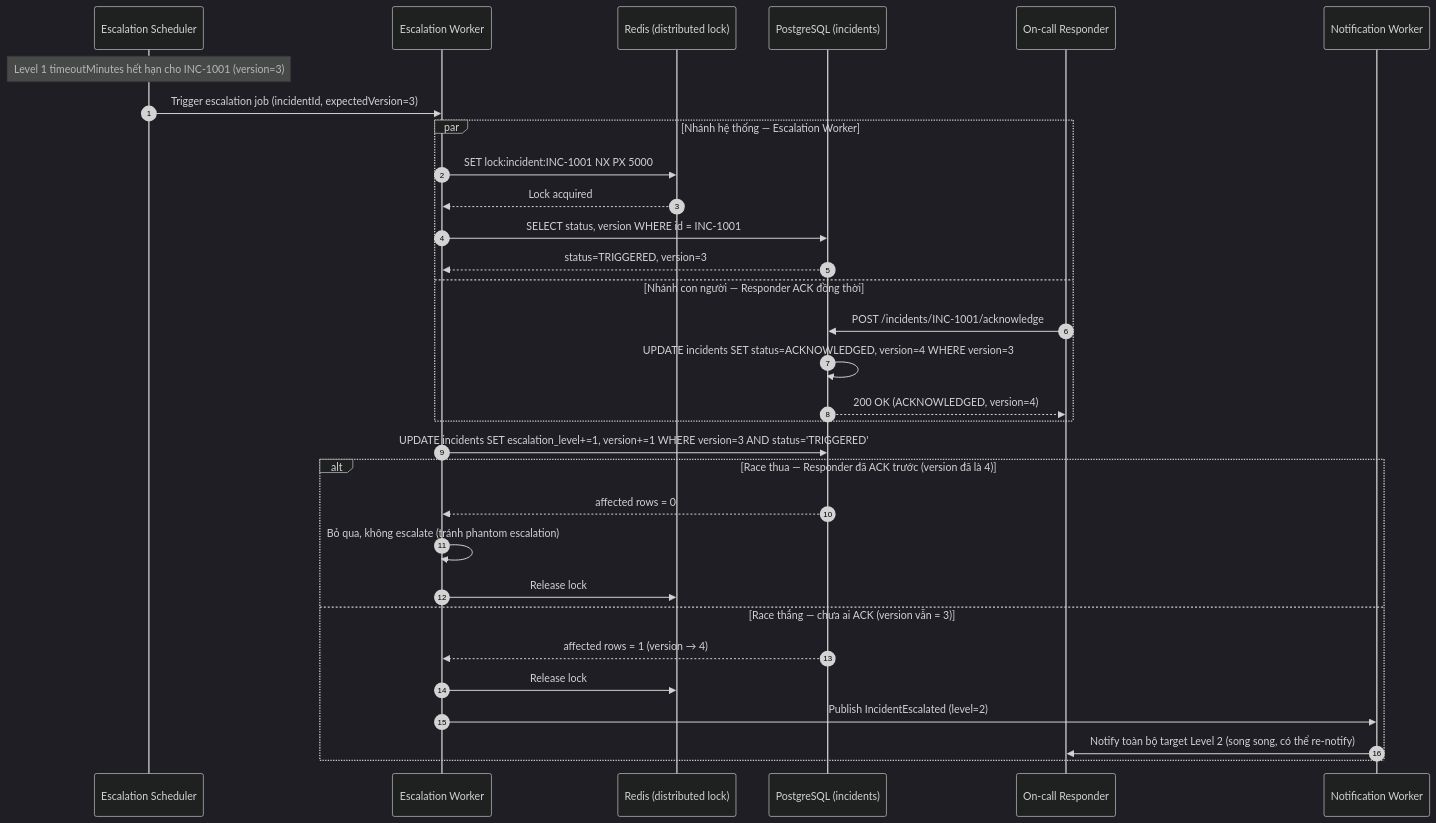
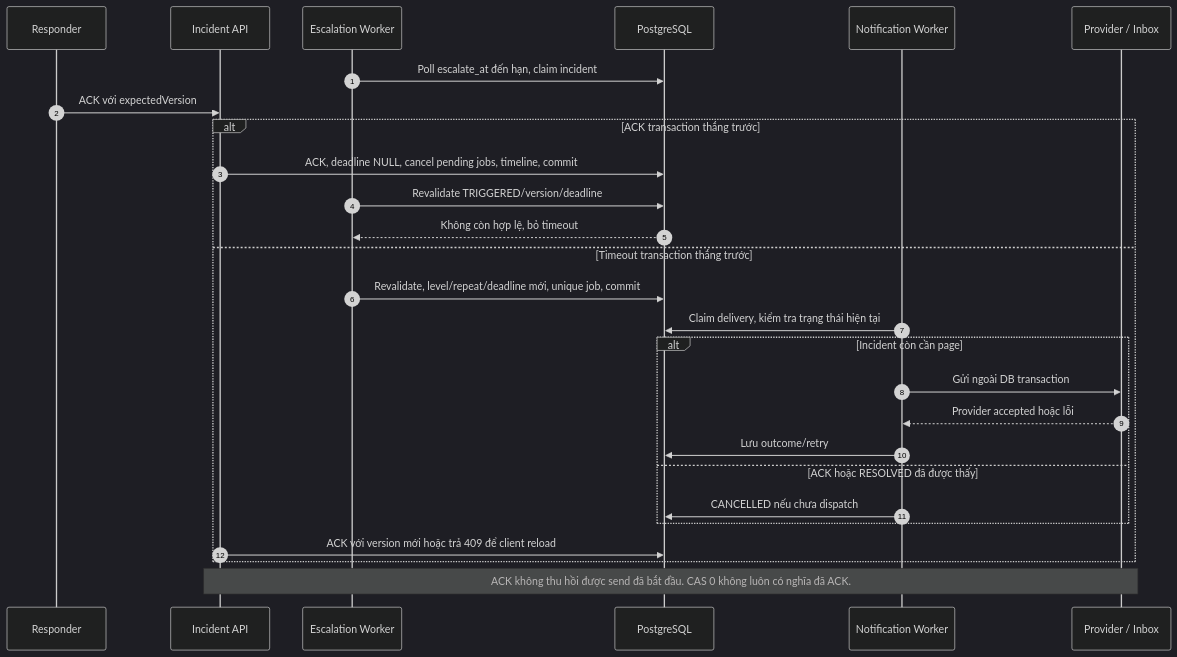
One commit to NguyenBao0305/Intelligent-Incident-Reliability-Operations-Platform changed the eighth of 16 diagrams in README.md. Above: the diagram before and after it, drawn with Mermaid (dark theme). The commit also changed other lines of this file, not shown here.

````diff
--- a/README.md
+++ b/README.md
@@ -901,37 +810,29 @@
 ```mermaid
 sequenceDiagram
     autonumber
-    participant SCHED as Escalation Scheduler
-    participant ESC as Escalation Worker
-    participant LOCK as Redis (distributed lock)
-    participant PG as PostgreSQL (incidents)
-    participant RESP as On-call Responder
-    participant NOTIFY as Notification Worker
-
-    Note over SCHED: Level 1 timeoutMinutes hết hạn cho INC-1001 (version=3)
-    SCHED->>ESC: Trigger escalation job (incidentId, expectedVersion=3)
-
-    par Nhánh hệ thống — Escalation Worker
-        ESC->>LOCK: SET lock:incident:INC-1001 NX PX 5000
-        LOCK-->>ESC: Lock acquired
-        ESC->>PG: SELECT status, version WHERE id = INC-1001
-        PG-->>ESC: status=TRIGGERED, version=3
-    and Nhánh con người — Responder ACK đồng thời
-        RESP->>PG: POST /incidents/INC-1001/acknowledge
-        PG->>PG: UPDATE incidents SET status=ACKNOWLEDGED, version=4 WHERE version=3
-        PG-->>RESP: 200 OK (ACKNOWLEDGED, version=4)
+    participant R as Responder
+    participant API as Incident API
+    participant E as Escalation Worker
+    participant DB as PostgreSQL
+    participant N as Notification Worker
+    participant P as Provider / Inbox
+    E->>DB: Poll escalate_at đến hạn, claim incident
+    R->>API: ACK với expectedVersion
+    alt ACK transaction thắng trước
+        API->>DB: ACK, deadline NULL, cancel pending jobs, timeline, commit
+        E->>DB: Revalidate TRIGGERED/version/deadline
+        DB-->>E: Không còn hợp lệ, bỏ timeout
+    else Timeout transaction thắng trước
+        E->>DB: Revalidate, level/repeat/deadline mới, unique job, commit
+        N->>DB: Claim delivery, kiểm tra trạng thái hiện tại
+        alt Incident còn cần page
+            N->>P: Gửi ngoài DB transaction
+            P-->>N: Provider accepted hoặc lỗi
+            N->>DB: Lưu outcome/retry
+        else ACK hoặc RESOLVED đã được thấy
+            N->>DB: CANCELLED nếu chưa dispatch
+        end
+        API->>DB: ACK với version mới hoặc trả 409 để client reload
     end
-
-    ESC->>PG: UPDATE incidents SET escalation_level+=1, version+=1 WHERE version=3 AND status='TRIGGERED'
-
-    alt Race thua — Responder đã ACK trước (version đã là 4)
-        PG-->>ESC: affected rows = 0
-        ESC->>ESC: Bỏ qua, không escalate (tránh phantom escalation)
-        ESC->>LOCK: Release lock
-    else Race thắng — chưa ai ACK (version vẫn = 3)
-        PG-->>ESC: affected rows = 1 (version → 4)
-        ESC->>LOCK: Release lock
-        ESC->>NOTIFY: Publish IncidentEscalated (level=2)
-        NOTIFY->>RESP: Notify toàn bộ target Level 2 (song song, có thể re-notify)
-    end
+    Note over API,P: ACK không thu hồi được send đã bắt đầu. CAS 0 không luôn có nghĩa đã ACK.
 ```
````
